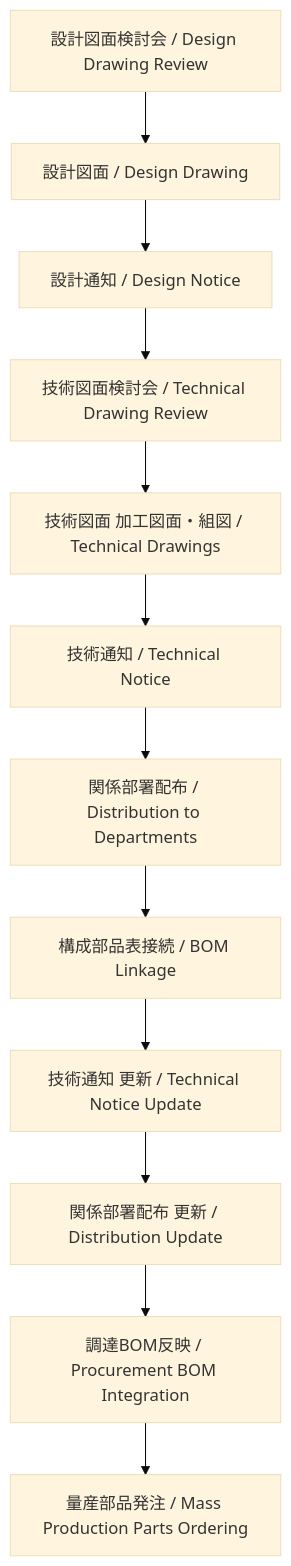
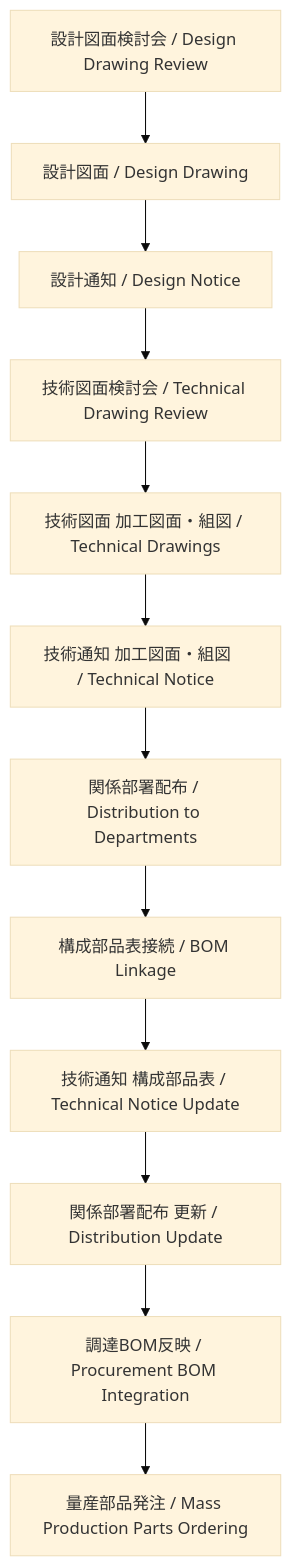
The diagram in 08_production_process/production_process_flow.md (Samizo-AITL/EduMecha), drawn with Mermaid (base theme) before and after one commit.

````diff
--- a/08_production_process/production_process_flow.md
+++ b/08_production_process/production_process_flow.md
@@ -19,14 +19,14 @@
 ```mermaid
 flowchart TD
   A[設計図面検討会 / Design Drawing Review] --> B[設計図面 / Design Drawing]
   B --> C[設計通知 / Design Notice]
   C --> D[技術図面検討会 / Technical Drawing Review]
   D --> E[技術図面 加工図面・組図 / Technical Drawings]
-  E --> F[技術通知 / Technical Notice]
+  E --> F[技術通知 加工図面・組図　/ Technical Notice]
   F --> G[関係部署配布 / Distribution to Departments]
   G --> H[構成部品表接続 / BOM Linkage]
-  H --> I[技術通知 更新 / Technical Notice Update]
+  H --> I[技術通知 構成部品表 / Technical Notice Update]
   I --> J[関係部署配布 更新 / Distribution Update]
   J --> K[調達BOM反映 / Procurement BOM Integration]
   K --> L[量産部品発注 / Mass Production Parts Ordering]
 ```
````
